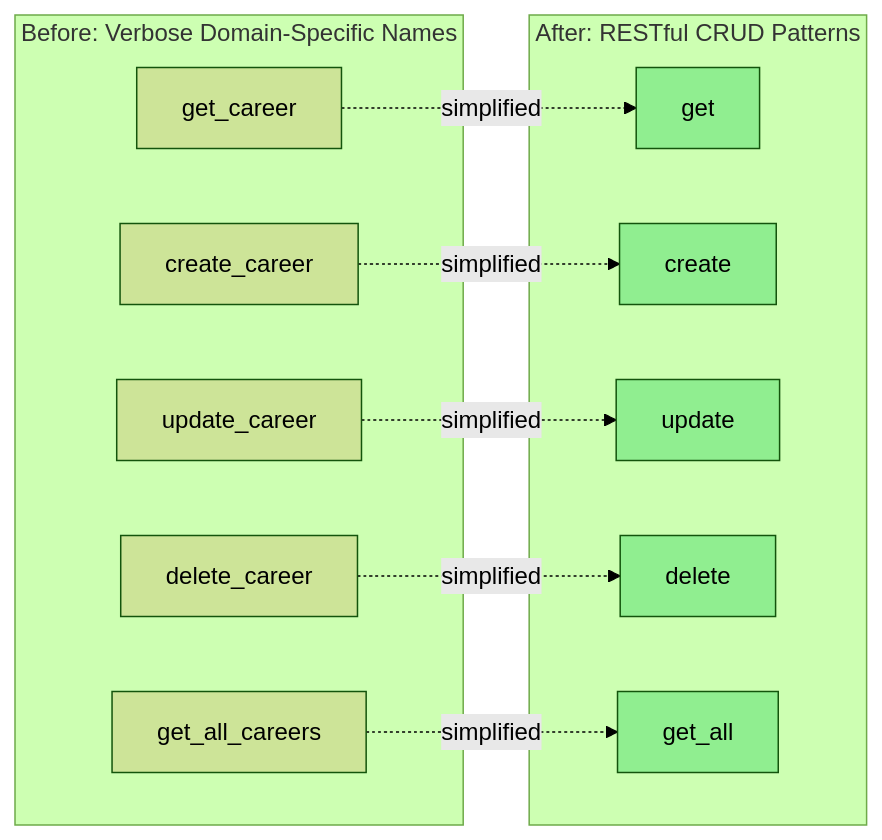
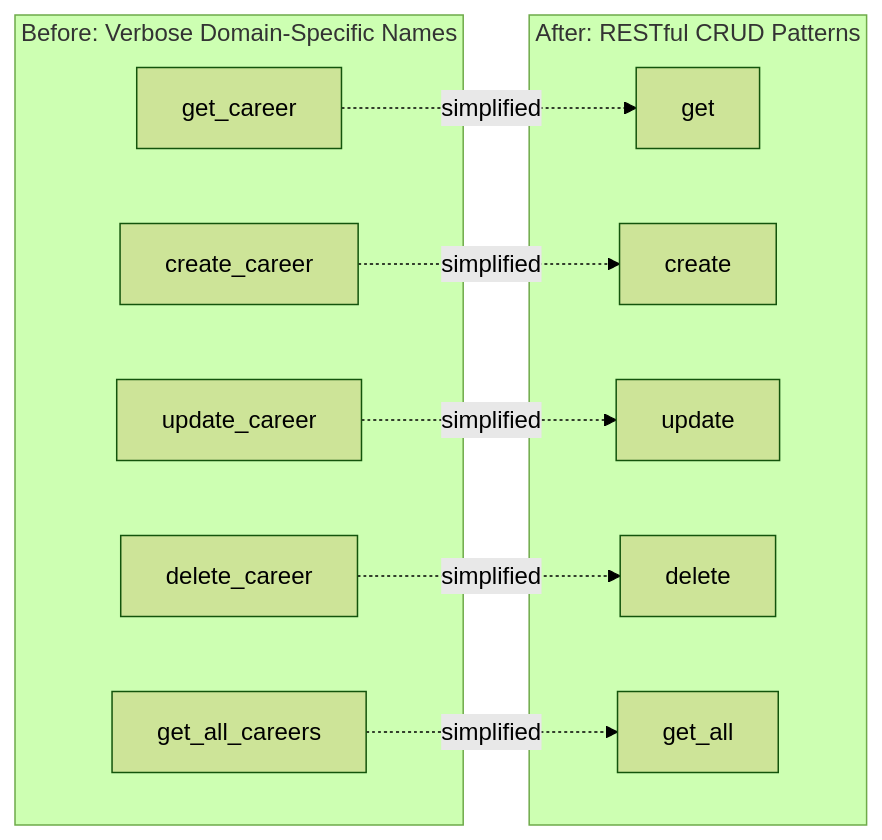
One commit to ELC/upskilling changed the third of 7 diagrams in docs/changes_from_improve-services_to_simplify-services.md. Above: the diagram before and after it, drawn with Mermaid (forest theme). The commit also changed other lines of this file, not shown here.

````diff
--- a/docs/changes_from_improve-services_to_simplify-services.md
+++ b/docs/changes_from_improve-services_to_simplify-services.md
@@ -83,30 +82,24 @@
 ```mermaid
 graph LR
     subgraph "Before: Verbose Domain-Specific Names"
         A1[get_career]
         A2[create_career]
         A3[update_career]
         A4[delete_career]
         A5[get_all_careers]
     end
     
     subgraph "After: RESTful CRUD Patterns"
         B1[get]
         B2[create]
         B3[update]
         B4[delete]
         B5[get_all]
     end
     
     A1 -.->|simplified| B1
     A2 -.->|simplified| B2
     A3 -.->|simplified| B3
     A4 -.->|simplified| B4
     A5 -.->|simplified| B5
-    
-    style B1 fill:#90EE90
-    style B2 fill:#90EE90
-    style B3 fill:#90EE90
-    style B4 fill:#90EE90
-    style B5 fill:#90EE90
 ```
````
